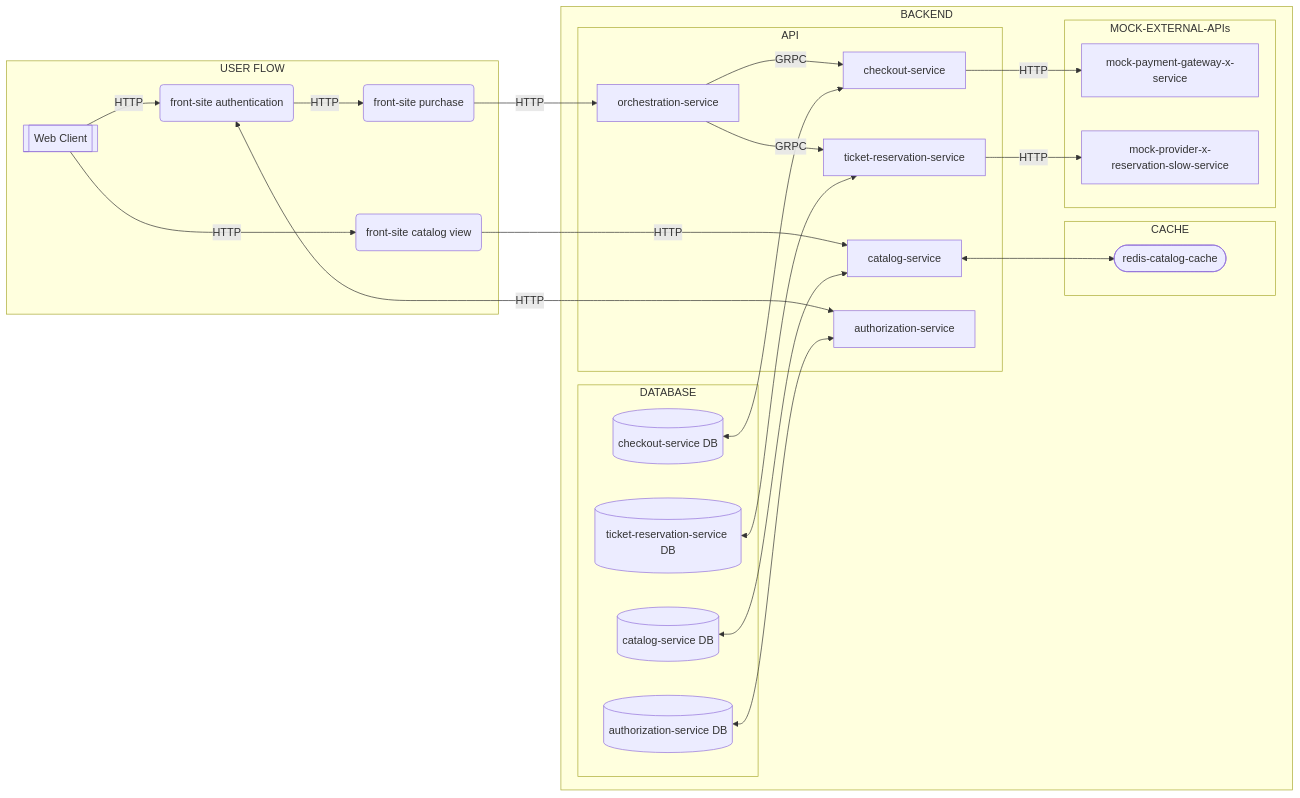
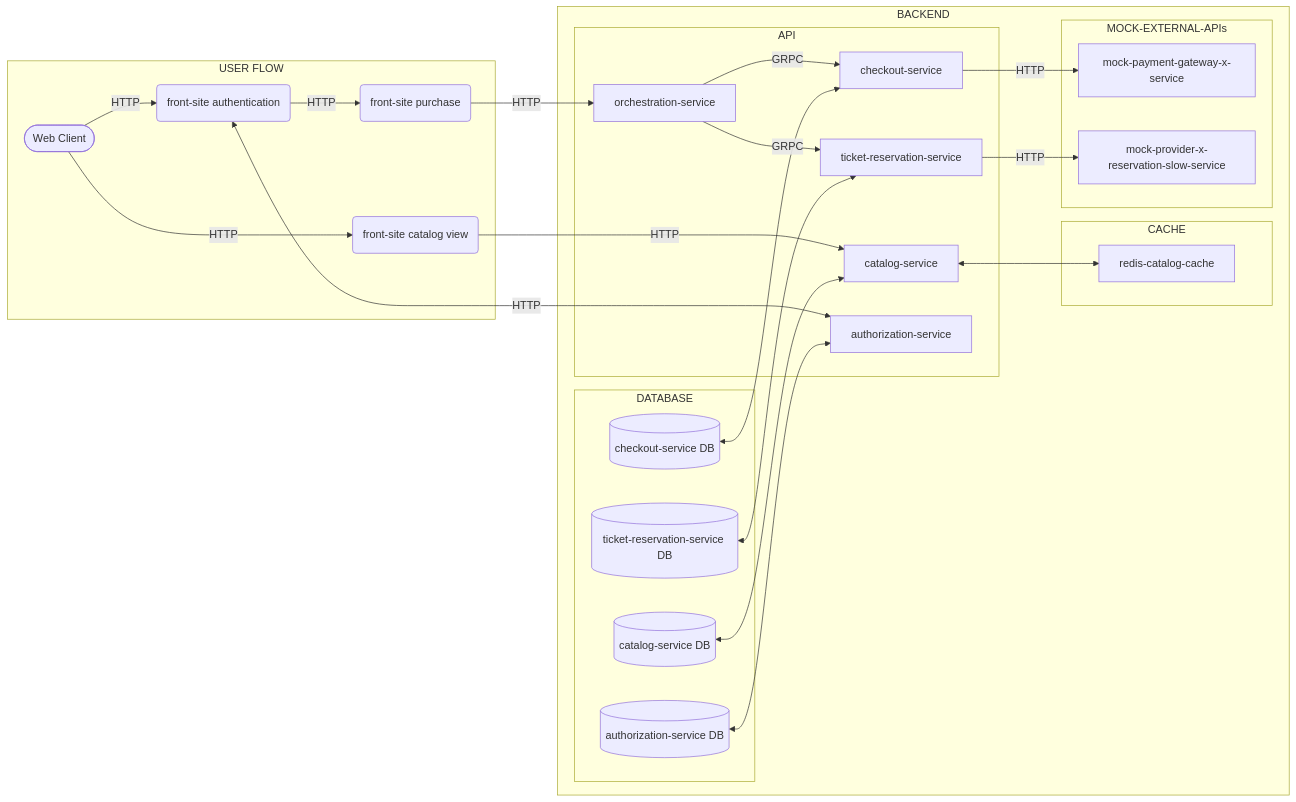
One commit to jtonynet/cine-ticket-study-microsservices changed the diagram in README.md. Above: the diagram before and after it, drawn with Mermaid.

````diff
--- a/README.md
+++ b/README.md
@@ -80,35 +80,35 @@
 ```mermaid
 graph LR
 
 subgraph USER FLOW
-  A[[Web Client]] -->|HTTP| B(front-site catalog view)
+  A([Web Client]) -->|HTTP| B(front-site catalog view)
   A -->|HTTP| D(front-site authentication)
   D -->|HTTP| C(front-site purchase)
 end
 
 subgraph BACKEND
   subgraph API
     B -->|HTTP| E[catalog-service]
     C -->|HTTP| N[orchestration-service]
     N -->|GRPC| F[checkout-service]
     N -->|GRPC| L[ticket-reservation-service]
     D <-->|HTTP| O[authorization-service]
   end
   
   subgraph DATABASE
     H[(catalog-service DB)] <-->| | E
     K[(checkout-service DB)] <-->| | F
     P[(authorization-service DB)] <-->| | O
     Q[(ticket-reservation-service DB)] <-->| | L
   end
   
   subgraph CACHE
-    E <-->| | R([redis-catalog-cache])
+    E <-->| | R[redis-catalog-cache]
   end
 
   subgraph MOCK-EXTERNAL-APIs
     F -->|HTTP| G[mock-payment-gateway-x-service]
     L -->|HTTP| M[mock-provider-x-reservation-slow-service]
   end
 end
 ``` 
````
